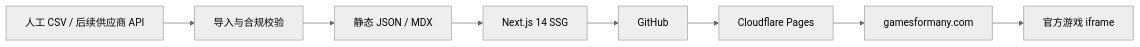
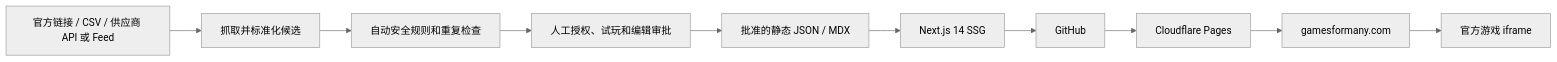
Before and after one commit to FireTigerStudio/games-for-many: the diagram in docs/03-tech-architecture.md, drawn with Mermaid (neutral theme). The commit also changed other lines of this file and 36 other files, not shown here.

````diff
--- a/docs/03-tech-architecture.md
+++ b/docs/03-tech-architecture.md
@@ -12,10 +12,12 @@
 ```mermaid
 flowchart LR
-  A["人工 CSV / 后续供应商 API"] --> B["导入与合规校验"]
-  B --> C["静态 JSON / MDX"]
-  C --> D["Next.js 14 SSG"]
-  D --> E["GitHub"]
-  E --> F["Cloudflare Pages"]
-  F --> G["gamesformany.com"]
-  G --> H["官方游戏 iframe"]
+  A["官方链接 / CSV / 供应商 API 或 Feed"] --> B["抓取并标准化候选"]
+  B --> C["自动安全规则和重复检查"]
+  C --> D["人工授权、试玩和编辑审批"]
+  D --> E["批准的静态 JSON / MDX"]
+  E --> F["Next.js 14 SSG"]
+  F --> G["GitHub"]
+  G --> H["Cloudflare Pages"]
+  H --> I["gamesformany.com"]
+  I --> J["官方游戏 iframe"]
 ```
````
